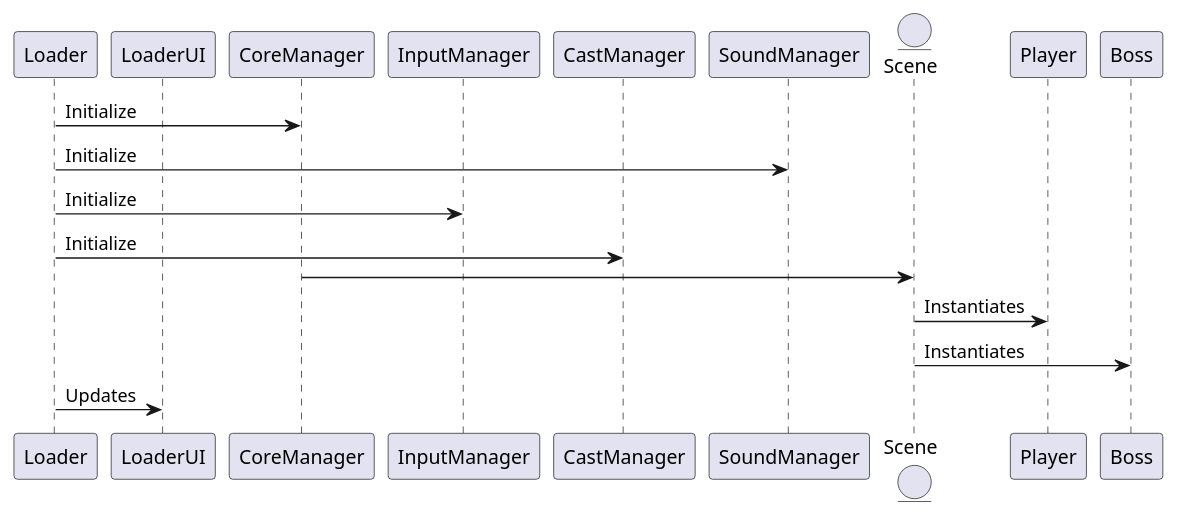
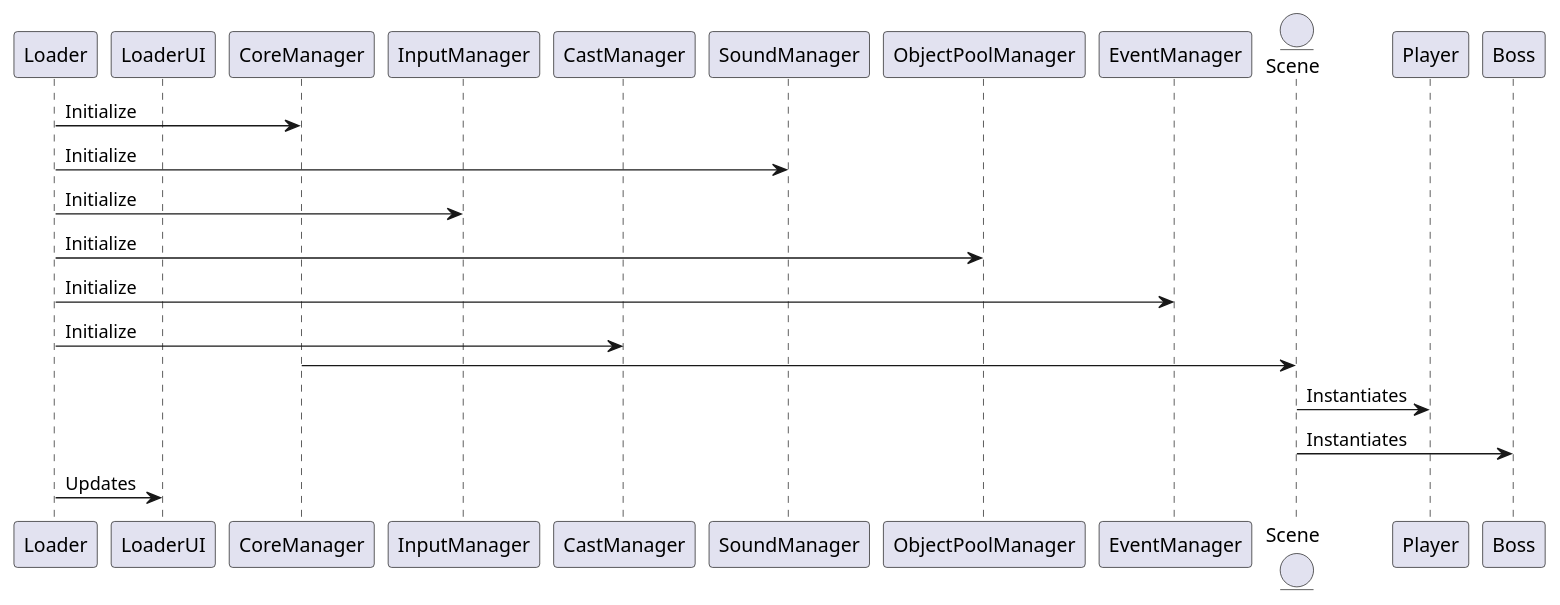
One commit to Huji-Bezalel-Advanced-Unity/yan-nosrati-boss-level changed the diagram in Assets/LoadingPlan.puml. Above: the diagram before and after it, drawn with PlantUML.

```diff
--- a/Assets/LoadingPlan.puml
+++ b/Assets/LoadingPlan.puml
@@ -1,29 +1,33 @@
 @startuml
 'https://plantuml.com/sequence-diagram
 
 
 participant Loader
 participant LoaderUI
 participant CoreManager
 participant InputManager
 participant CastManager
 participant SoundManager
+participant ObjectPoolManager
+participant EventManager
 entity Scene
 participant Player
 participant Boss
 
 
 Loader -> CoreManager : Initialize
 Loader-> SoundManager :Initialize
 Loader-> InputManager :Initialize
+Loader-> ObjectPoolManager :Initialize
+Loader-> EventManager :Initialize
 Loader->CastManager:Initialize
 CoreManager -> Scene
 Scene->Player:Instantiates
 Scene->Boss:Instantiates
 Loader->LoaderUI: Updates
 
 
 
 
 
 @enduml
```
